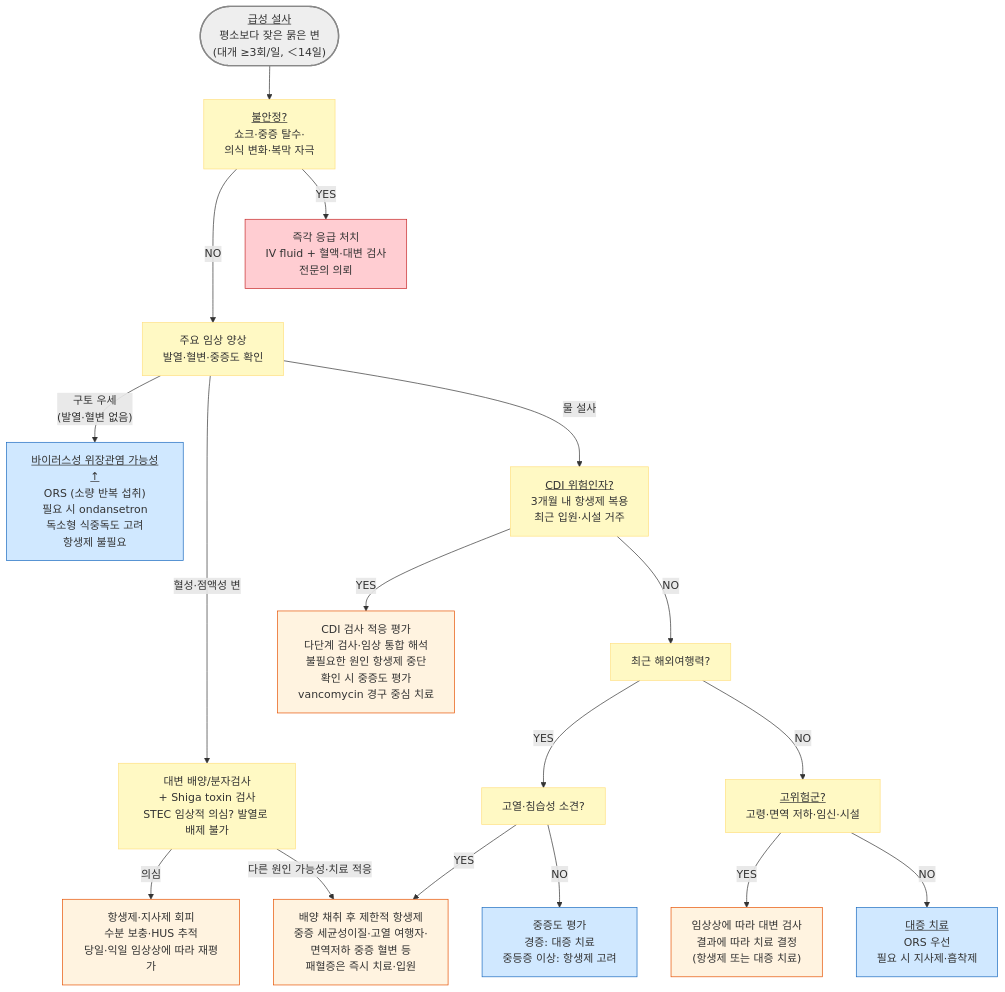
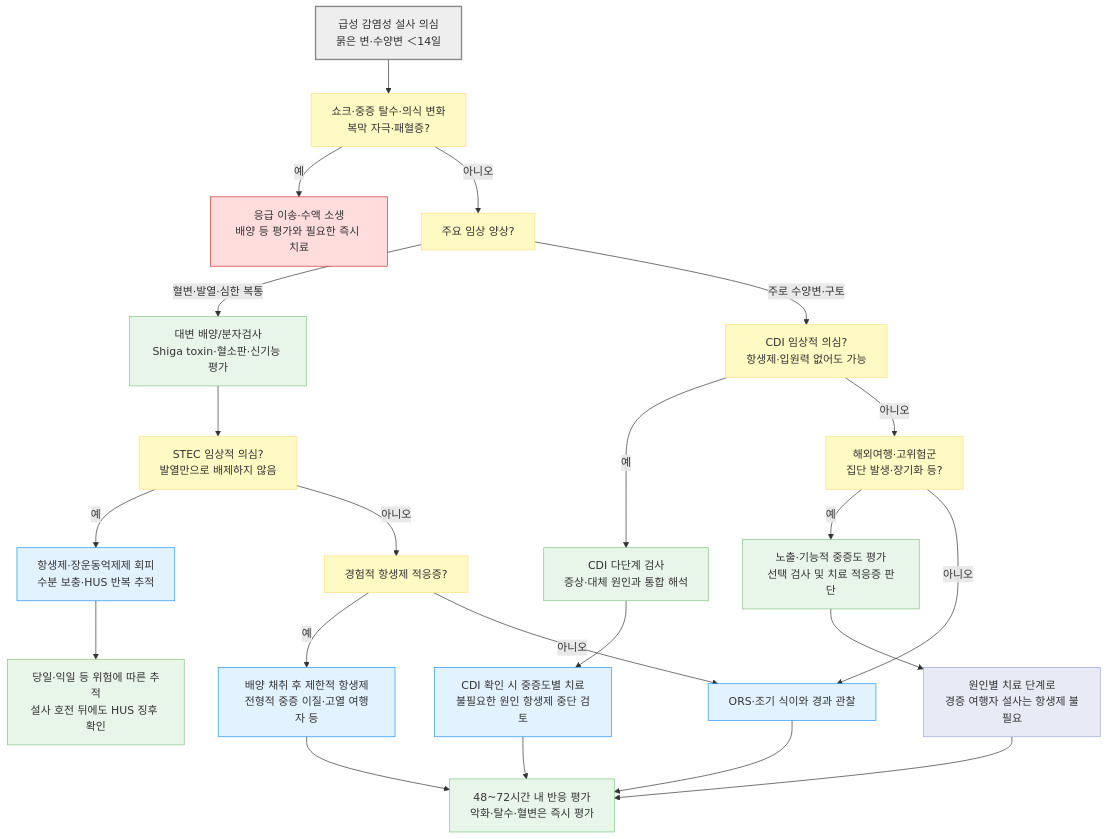
The diagram in 224_/085_-acute-infectious-diarrhea.md (familyoh77/familyoh77), drawn with Mermaid before and after one commit. The commit also changed other lines of this file and 4 other files, not shown here.

````diff
--- a/224_/085_-acute-infectious-diarrhea.md
+++ b/224_/085_-acute-infectious-diarrhea.md
@@ -200,29 +200,37 @@
 ```mermaid
-graph TD
-    Start(["<u>급성 설사</u><br/>평소보다 잦은 묽은 변<br/>(대개 ≥3회/일, ＜14일)"])
-    Start --> Unstable["<u>불안정?</u><br/>쇼크·중증 탈수·<br/>의식 변화·복막 자극"]
-    Unstable -- "NO" ---> Symptom["주요 임상 양상<br/>발열·혈변·중증도 확인"]
-    Unstable -- "YES" --> ER["즉각 응급 처치<br/>IV fluid + 혈액·대변 검사<br/>전문의 의뢰"]
-    Symptom -- "구토 우세<br/>(발열·혈변 없음)" --> Viral["<u>바이러스성 위장관염 가능성↑</u><br/>ORS (소량 반복 섭취)<br/>필요 시 ondansetron<br/>독소형 식중독도 고려<br/>항생제 불필요"]
-    Symptom -- "혈성·점액성 변" --> BloodFever["대변 배양/분자검사<br/>+ Shiga toxin 검사<br/>STEC 임상적 의심? 발열로 배제 불가"]
-    BloodFever -- "의심" --> STEC["항생제·지사제 회피<br/>수분 보충·HUS 추적<br/>당일·익일 임상상에 따라 재평가"]
-    BloodFever -- "다른 원인 가능성·치료 적응" --> EmpiricAtb["배양 채취 후 제한적 항생제<br/>중증 세균성이질·고열 여행자·<br/>면역저하 중증 혈변 등<br/>패혈증은 즉시 치료·입원"]
-    Symptom -- "물 설사" --> CDIRisk["<u>CDI 위험인자?</u><br/>3개월 내 항생제 복용<br/>최근 입원·시설 거주"]
-    CDIRisk -- "YES" --> CDITx["CDI 검사 적응 평가<br/>다단계 검사·임상 통합 해석<br/>불필요한 원인 항생제 중단<br/>확인 시 중증도 평가<br/>vancomycin 경구 중심 치료"]
-    CDIRisk -- "NO" --> Travel["최근 해외여행력?"]
-    Travel -- "YES" --> TravelFever["고열·침습성 소견?"]
-    TravelFever -- "YES" --> EmpiricAtb
-    TravelFever -- "NO" --> TravelMild["중증도 평가<br/>경증: 대증 치료<br/>중등증 이상: 항생제 고려"]
-    Travel -- "NO" --> Host["<u>고위험군?</u><br/>고령·면역 저하·임신·시설"]
-    Host -- "YES" --> StoolExam["임상상에 따라 대변 검사<br/>결과에 따라 치료 결정<br/>(항생제 또는 대증 치료)"]
-    Host -- "NO" --> Watery["<u>대증 치료</u><br/>ORS 우선<br/>필요 시 지사제·흡착제"]
- 
-style Start fill:#eeeeee,stroke:#888888,stroke-width:2px
-classDef yellow fill:#fff9c4,stroke:#ffe082
-   class Unstable,Symptom,BloodFever,CDIRisk,Travel,Host,TravelFever yellow
-style ER fill:#ffcdd2,stroke:#c62828
-classDef orange50 fill:#fff3e0,stroke:#e65100
-   class STEC,CDITx,EmpiricAtb,StoolExam orange50
-classDef blue fill:#d0e8ff,stroke:#1a6abf
-   class Viral,TravelMild,Watery blue
+flowchart TD
+    A["급성 감염성 설사 의심<br/>묽은 변·수양변 ＜14일"] --> U["쇼크·중증 탈수·의식 변화<br/>복막 자극·패혈증?"]
+    U -- "예" --> E["응급 이송·수액 소생<br/>배양 등 평가와 필요한 즉시 치료"]
+    U -- "아니오" --> P["주요 임상 양상?"]
+    P -- "혈변·발열·심한 복통" --> B["대변 배양/분자검사<br/>Shiga toxin·혈소판·신기능 평가"]
+    B --> Q["STEC 임상적 의심?<br/>발열만으로 배제하지 않음"]
+    Q -- "예" --> S["항생제·장운동억제제 회피<br/>수분 보충·HUS 반복 추적"]
+    Q -- "아니오" --> I["경험적 항생제 적응증?"]
+    I -- "예" --> AB["배양 채취 후 제한적 항생제<br/>전형적 중증 이질·고열 여행자 등"]
+    I -- "아니오" --> W["ORS·조기 식이와 경과 관찰"]
+    P -- "주로 수양변·구토" --> C["CDI 임상적 의심?<br/>항생제·입원력 없어도 가능"]
+    C -- "예" --> CT["CDI 다단계 검사<br/>증상·대체 원인과 통합 해석"]
+    CT --> CD["CDI 확인 시 중증도별 치료<br/>불필요한 원인 항생제 중단 검토"]
+    C -- "아니오" --> T["해외여행·고위험군<br/>집단 발생·장기화 등?"]
+    T -- "예" --> X["노출·기능적 중증도 평가<br/>선택 검사 및 치료 적응증 판단"]
+    X --> N["원인별 치료 단계로<br/>경증 여행자 설사는 항생제 불필요"]
+    T -- "아니오" --> W
+    AB --> F["48~72시간 내 반응 평가<br/>악화·탈수·혈변은 즉시 평가"]
+    CD --> F
+    N --> F
+    W --> F
+    S --> H["당일·익일 등 위험에 따른 추적<br/>설사 호전 뒤에도 HUS 징후 확인"]
+
+    classDef neutral fill:#eeeeee,stroke:#888888,stroke-width:2px
+    classDef question fill:#fff9c4,stroke:#ffe082
+    classDef test fill:#e8f5e9,stroke:#81c784
+    classDef treatment fill:#e3f2ff,stroke:#2196f3
+    classDef emergency fill:#ffdddd,stroke:#d32f2f
+    classDef next fill:#e8eaf6,stroke:#9fa8da
+    class A neutral
+    class U,P,Q,I,C,T question
+    class B,CT,X,F,H test
+    class S,AB,CD,W treatment
+    class E emergency
+    class N next
 ```
````
